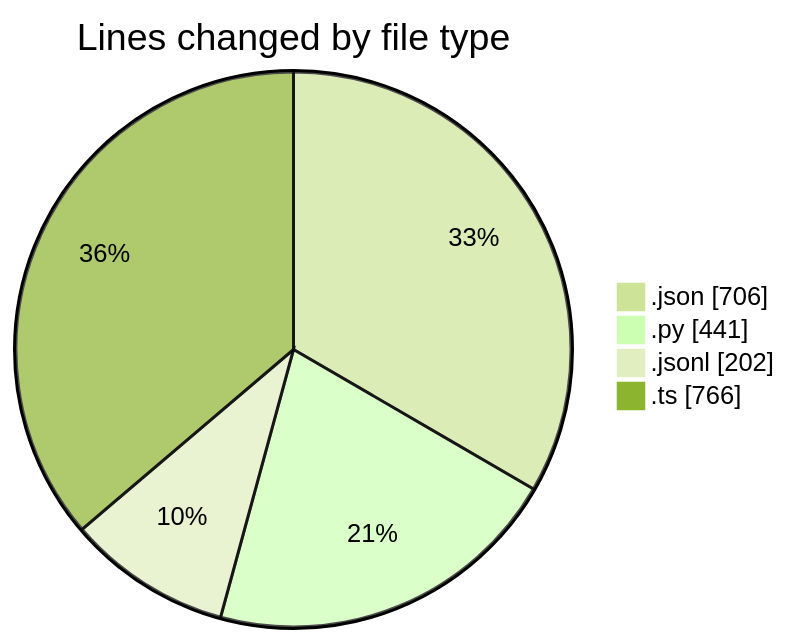
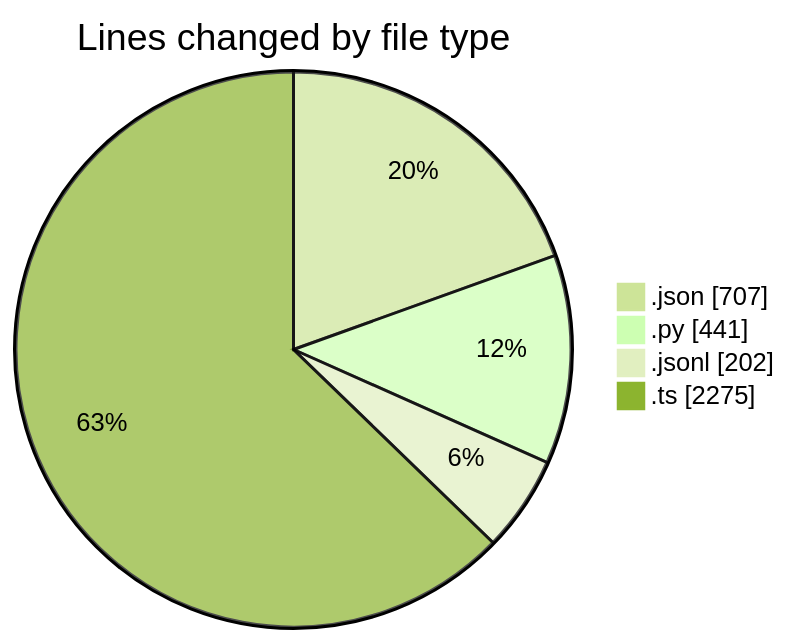
The first of 2 diagrams in 2025-08-23/_claude/README.md (EIIisD/code-tracking), drawn with Mermaid (forest theme) before and after one commit. The commit also changed other lines of this file and 1 other file, not shown here.

````diff
--- a/2025-08-23/_claude/README.md
+++ b/2025-08-23/_claude/README.md
@@ -24,8 +25,8 @@
 ```mermaid
 pie showData
 title Lines changed by file type
-".json" : 706
+".json" : 707
 ".py" : 441
 ".jsonl" : 202
-".ts" : 766
+".ts" : 2275
 ```
````
